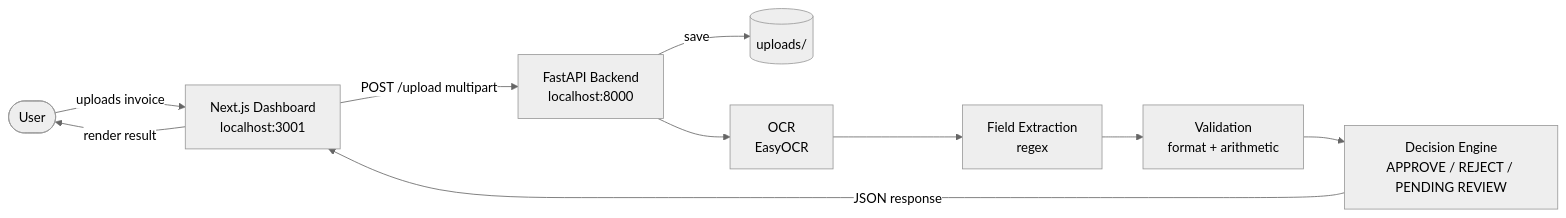
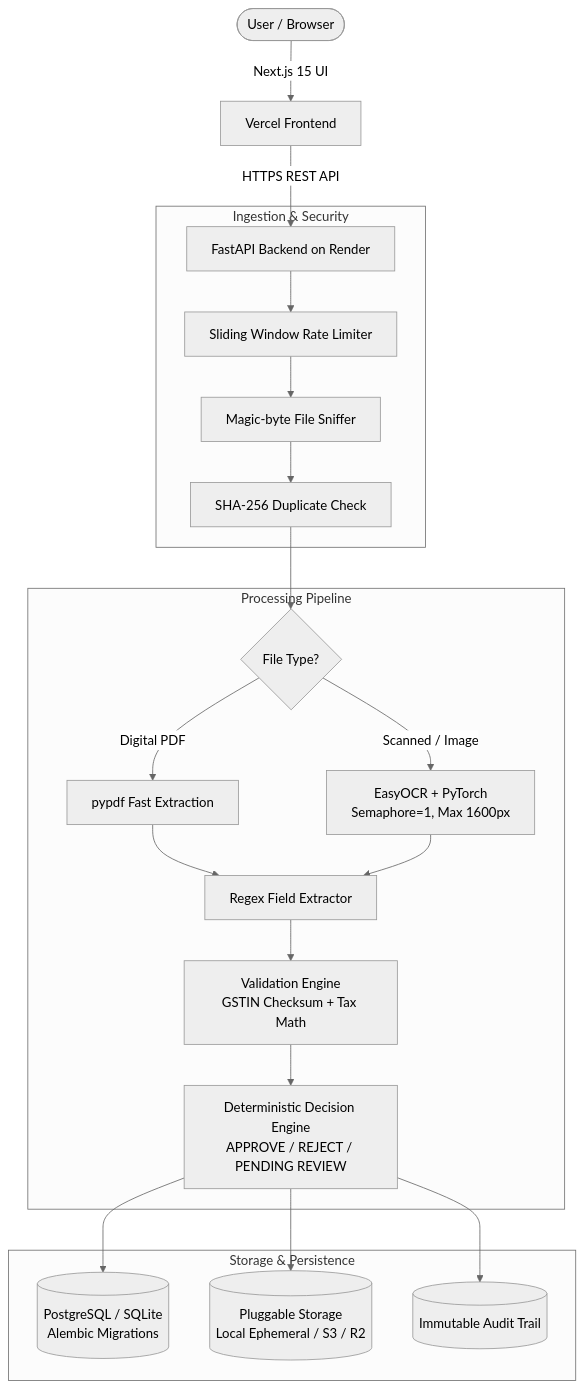
One commit to BalajiMogarge/Finance-Flow-AI changed the diagram in docs/ARCHITECTURE.md. Above: the diagram before and after it, drawn with Mermaid (neutral theme). The commit also changed other lines of this file and 6 other files, not shown here.

````diff
--- a/docs/ARCHITECTURE.md
+++ b/docs/ARCHITECTURE.md
@@ -15,12 +9,27 @@
 ```mermaid
-flowchart LR
-    User([User]) -->|uploads invoice| UI[Next.js Dashboard<br/>localhost:3001]
-    UI -->|POST /upload multipart| API[FastAPI Backend<br/>localhost:8000]
-    API -->|save| Disk[(uploads/)]
-    API --> OCR[OCR<br/>EasyOCR]
-    OCR --> Extract[Field Extraction<br/>regex]
-    Extract --> Validate[Validation<br/>format + arithmetic]
-    Validate --> Decide[Decision Engine<br/>APPROVE / REJECT / PENDING REVIEW]
-    Decide -->|JSON response| UI
-    UI -->|render result| User
+flowchart TD
+    User([User / Browser]) -->|Next.js 15 UI| Frontend[Vercel Frontend]
+    Frontend -->|HTTPS REST API| API[FastAPI Backend on Render]
+    
+    subgraph Ingestion & Security
+        API --> Limiter[Sliding Window Rate Limiter]
+        Limiter --> MagicCheck[Magic-byte File Sniffer]
+        MagicCheck --> Dedupe[SHA-256 Duplicate Check]
+    end
+    
+    subgraph Processing Pipeline
+        Dedupe --> TypeSwitch{File Type?}
+        TypeSwitch -->|Digital PDF| PDFEngine[pypdf Fast Extraction]
+        TypeSwitch -->|Scanned / Image| OCREngine[EasyOCR + PyTorch<br/>Semaphore=1, Max 1600px]
+        PDFEngine --> RegexExtract[Regex Field Extractor]
+        OCREngine --> RegexExtract
+        RegexExtract --> Validator[Validation Engine<br/>GSTIN Checksum + Tax Math]
+        Validator --> RulesEngine[Deterministic Decision Engine<br/>APPROVE / REJECT / PENDING REVIEW]
+    end
+
+    subgraph Storage & Persistence
+        RulesEngine --> DB[(PostgreSQL / SQLite<br/>Alembic Migrations)]
+        RulesEngine --> Storage[(Pluggable Storage<br/>Local Ephemeral / S3 / R2)]
+        RulesEngine --> Audit[(Immutable Audit Trail)]
+    end
 ```
````
